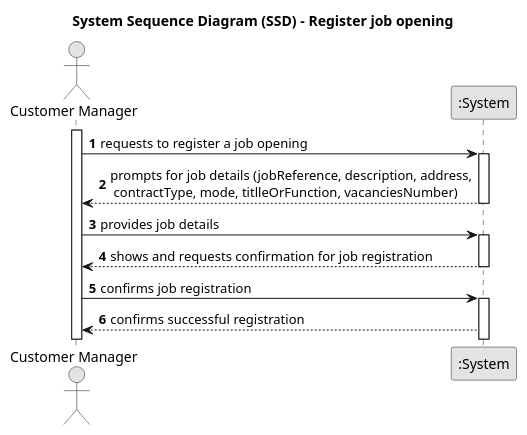
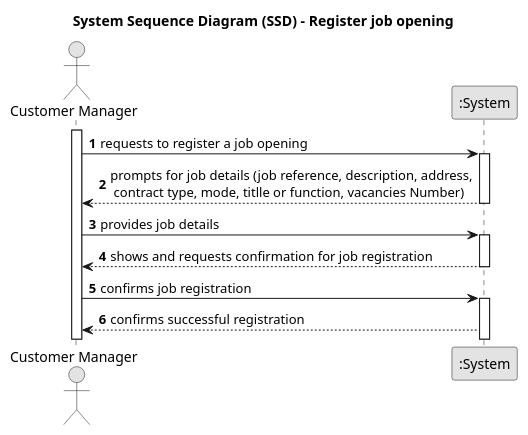
Before and after one commit to marcoferreira37/Lapr4: the diagram in docs/sprintB/1002/1002-system-sequence-diagram.puml, drawn with PlantUML. The commit also changed 1 other file, not shown here.

```diff
--- a/docs/sprintB/1002/1002-system-sequence-diagram.puml
+++ b/docs/sprintB/1002/1002-system-sequence-diagram.puml
@@ -1,35 +1,35 @@
 @startuml
 skinparam monochrome true
 skinparam packageStyle rectangle
 skinparam shadowing false
 
 title System Sequence Diagram (SSD) - Register job opening
 
 autonumber
 
 actor "Customer Manager" as Manager
 participant ":System" as System
 
 activate Manager
 
     Manager -> System : requests to register a job opening
     activate System
 
-    System --> Manager : prompts for job details (jobReference, description, address,\n contractType, mode, titlleOrFunction, vacanciesNumber)
+    System --> Manager : prompts for job details (job reference, description, address,\n contract type, mode, titlle or function, vacancies Number)
 
     deactivate System
 
     Manager -> System : provides job details
 
     activate System
 
 
         System --> Manager : shows and requests confirmation for job registration
         deactivate System
 
         Manager -> System : confirms job registration
         activate System
 
         System --> Manager : confirms successful registration
 
 @enduml
```
